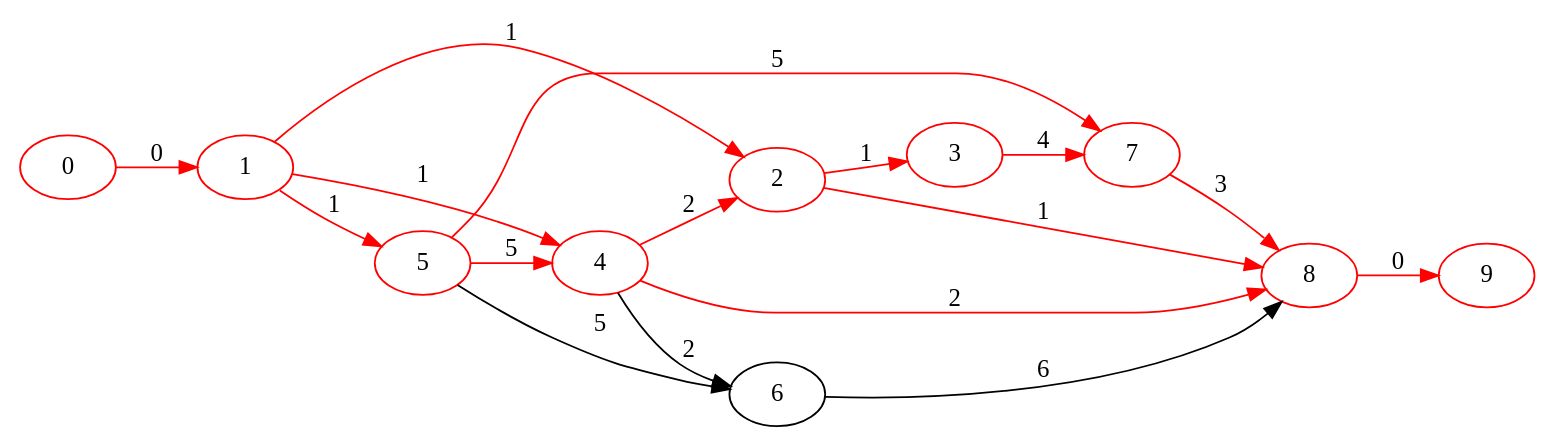
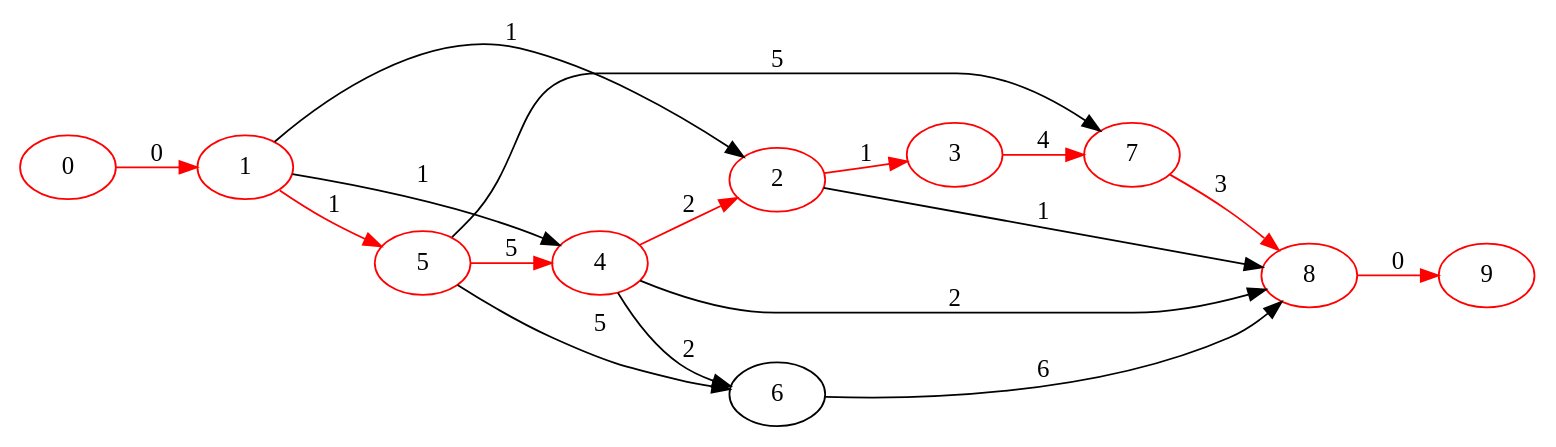
The diagram in out/11.gv (avivi55/graphs), drawn with Graphviz before and after one commit. The commit also changed 25 other files, not shown here.

```diff
--- a/out/11.gv
+++ b/out/11.gv
@@ -1,27 +1,27 @@
 digraph { rankdir=LR
-    "1" [color="red"]
-    "2" [color="red"]
-    "3" [color="red"]
-    "4" [color="red"]
-    "5" [color="red"]
-    "7" [color="red"]
-    "8" [color="red"]
-    "0" [color="red"]
-    "9" [color="red"]
-    "1" -> "2" [label="1" color="red" ] 
-    "1" -> "4" [label="1" color="red" ] 
-    "1" -> "5" [label="1" color="red" ] 
-    "2" -> "3" [label="1" color="red" ] 
-    "2" -> "8" [label="1" color="red" ] 
-    "3" -> "7" [label="4" color="red" ] 
-    "4" -> "2" [label="2" color="red" ] 
-    "4" -> "6" [label="2"] 
-    "4" -> "8" [label="2" color="red" ] 
-    "5" -> "4" [label="5" color="red" ] 
-    "5" -> "6" [label="5"] 
-    "5" -> "7" [label="5" color="red" ] 
-    "6" -> "8" [label="6"] 
-    "7" -> "8" [label="3" color="red" ] 
-    "8" -> "9" [label="0" color="red" ] 
-    "0" -> "1" [label="0" color="red" ] 
+    "1" [color="red" label="1"]
+    "2" [color="red" label="2"]
+    "3" [color="red" label="3"]
+    "4" [color="red" label="4"]
+    "5" [color="red" label="5"]
+    "7" [color="red" label="7"]
+    "8" [color="red" label="8"]
+    "0" [color="red" label="0"]
+    "9" [color="red" label="9"]
+    "1" -> "2" [label="1" ]
+    "1" -> "4" [label="1" ]
+    "1" -> "5" [label="1" color="red" ]
+    "2" -> "3" [label="1" color="red" ]
+    "2" -> "8" [label="1" ]
+    "3" -> "7" [label="4" color="red" ]
+    "4" -> "2" [label="2" color="red" ]
+    "4" -> "6" [label="2" ]
+    "4" -> "8" [label="2" ]
+    "5" -> "4" [label="5" color="red" ]
+    "5" -> "6" [label="5" ]
+    "5" -> "7" [label="5" ]
+    "6" -> "8" [label="6" ]
+    "7" -> "8" [label="3" color="red" ]
+    "8" -> "9" [label="0" color="red" ]
+    "0" -> "1" [label="0" color="red" color="red" ]
 }
```
